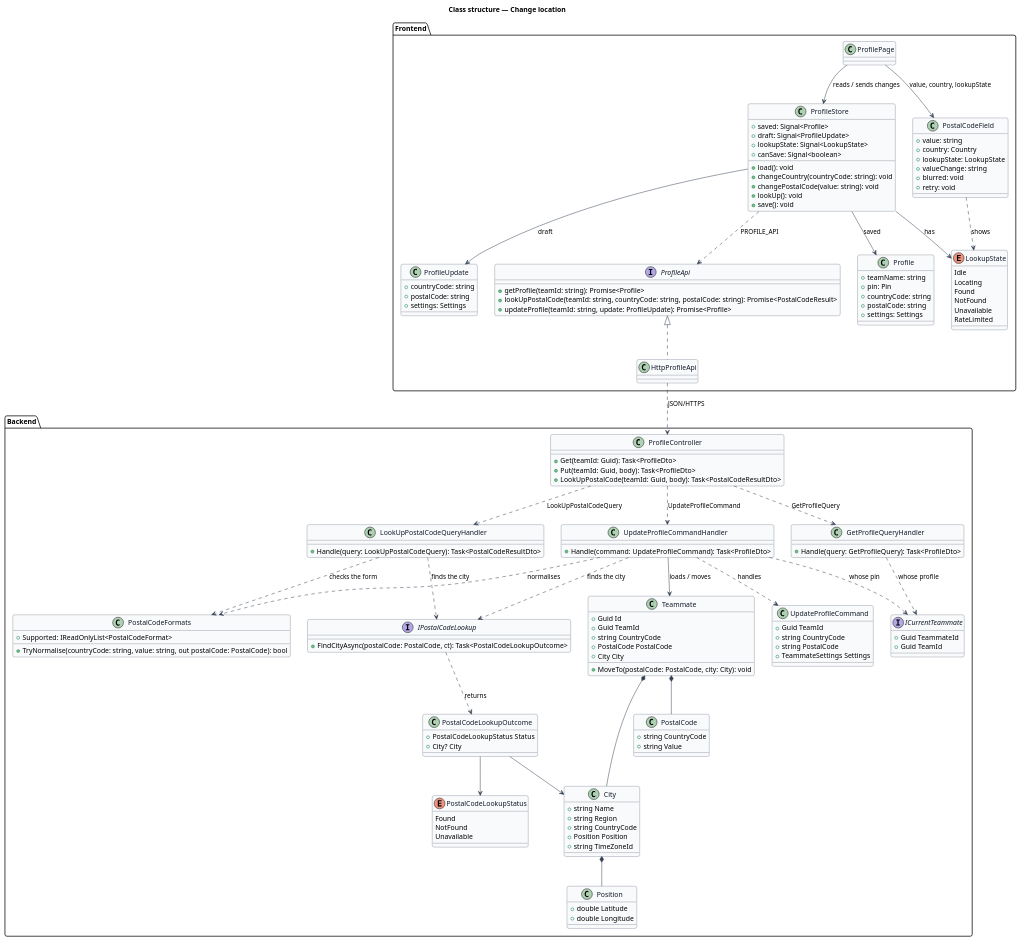
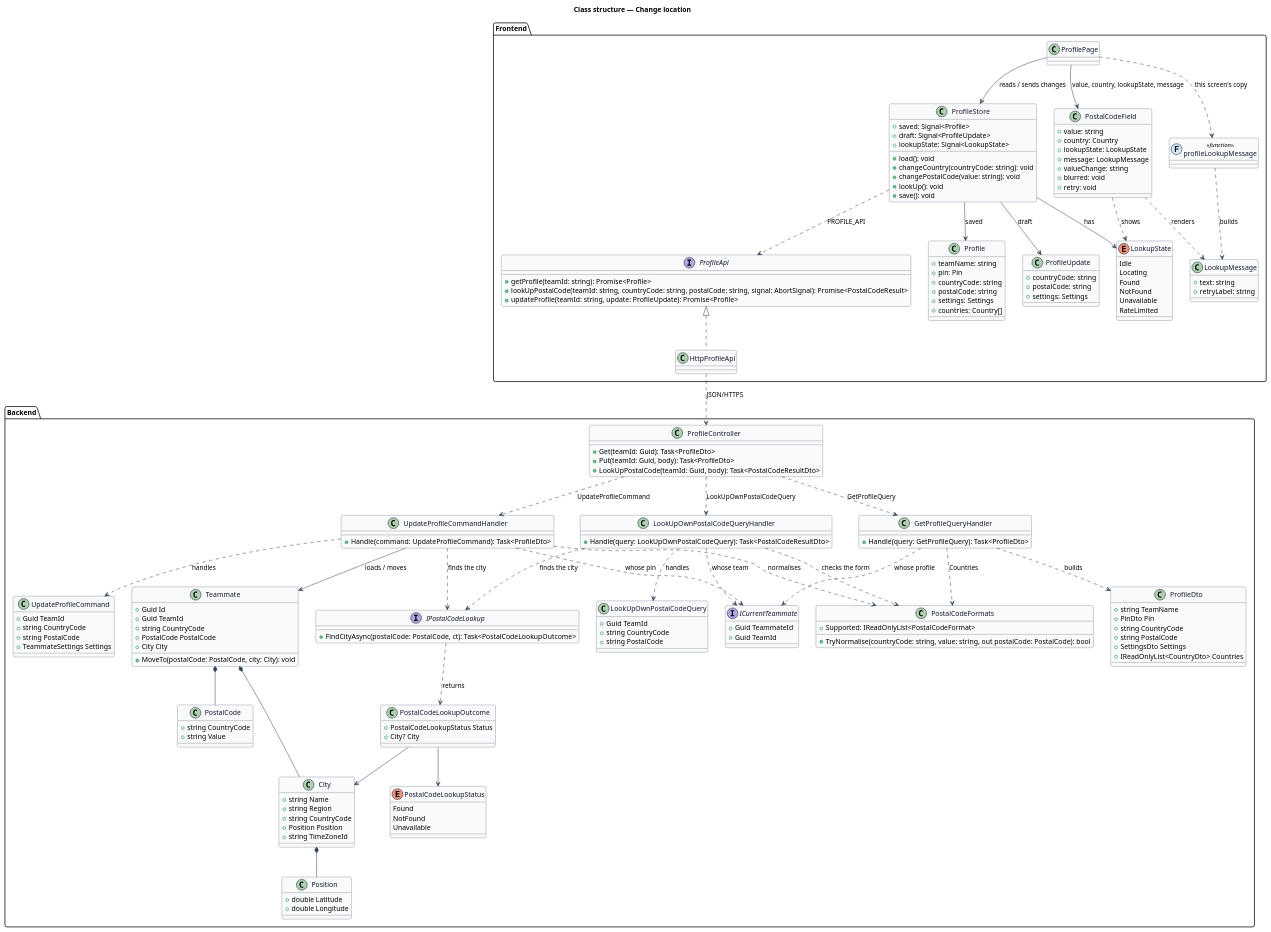
The diagram in docs/detailed-designs/profile/change-location/diagrams/class-structure.puml (QuinntyneBrown/Mondino), drawn with PlantUML before and after one commit. The commit also changed 38 other files, not shown here.

```diff
--- a/docs/detailed-designs/profile/change-location/diagrams/class-structure.puml
+++ b/docs/detailed-designs/profile/change-location/diagrams/class-structure.puml
@@ -1,155 +1,181 @@
 @startuml
 skinparam backgroundColor #FFFFFF
 skinparam shadowing false
 skinparam roundcorner 8
 skinparam defaultFontName Arial
 skinparam ArrowColor #344054
 skinparam class {
   BorderColor #344054
   FontColor #101828
   BackgroundColor #F9FAFB
 }
 title Class structure — Change location
 
 package "Frontend" {
   interface ProfileApi {
     +getProfile(teamId: string): Promise<Profile>
-    +lookUpPostalCode(teamId: string, countryCode: string, postalCode: string): Promise<PostalCodeResult>
+    +lookUpPostalCode(teamId: string, countryCode: string, postalCode: string, signal: AbortSignal): Promise<PostalCodeResult>
     +updateProfile(teamId: string, update: ProfileUpdate): Promise<Profile>
   }
   class HttpProfileApi
   class ProfileStore {
     +saved: Signal<Profile>
     +draft: Signal<ProfileUpdate>
     +lookupState: Signal<LookupState>
-    +canSave: Signal<boolean>
     +load(): void
     +changeCountry(countryCode: string): void
     +changePostalCode(value: string): void
     +lookUp(): void
     +save(): void
   }
   class ProfilePage
   class Profile {
     +teamName: string
     +pin: Pin
     +countryCode: string
     +postalCode: string
     +settings: Settings
+    +countries: Country[]
   }
   class ProfileUpdate {
     +countryCode: string
     +postalCode: string
     +settings: Settings
   }
   enum LookupState {
     Idle
     Locating
     Found
     NotFound
     Unavailable
     RateLimited
   }
   class PostalCodeField {
     +value: string
     +country: Country
     +lookupState: LookupState
+    +message: LookupMessage
     +valueChange: string
     +blurred: void
     +retry: void
   }
+  class LookupMessage {
+    +text: string
+    +retryLabel: string
+  }
+  class profileLookupMessage << (F,#D1E9FF) function >>
 }
 
 package "Backend" {
   class ProfileController {
     +Get(teamId: Guid): Task<ProfileDto>
     +Put(teamId: Guid, body): Task<ProfileDto>
     +LookUpPostalCode(teamId: Guid, body): Task<PostalCodeResultDto>
   }
   class UpdateProfileCommand {
     +Guid TeamId
     +string CountryCode
     +string PostalCode
     +TeammateSettings Settings
   }
   class UpdateProfileCommandHandler {
     +Handle(command: UpdateProfileCommand): Task<ProfileDto>
   }
-  class LookUpPostalCodeQueryHandler {
-    +Handle(query: LookUpPostalCodeQuery): Task<PostalCodeResultDto>
+  class LookUpOwnPostalCodeQuery {
+    +Guid TeamId
+    +string CountryCode
+    +string PostalCode
+  }
+  class LookUpOwnPostalCodeQueryHandler {
+    +Handle(query: LookUpOwnPostalCodeQuery): Task<PostalCodeResultDto>
+  }
+  class ProfileDto {
+    +string TeamName
+    +PinDto Pin
+    +string CountryCode
+    +string PostalCode
+    +SettingsDto Settings
+    +IReadOnlyList<CountryDto> Countries
   }
   class GetProfileQueryHandler {
     +Handle(query: GetProfileQuery): Task<ProfileDto>
   }
   interface ICurrentTeammate {
     +Guid TeammateId
     +Guid TeamId
   }
   interface IPostalCodeLookup {
     +FindCityAsync(postalCode: PostalCode, ct): Task<PostalCodeLookupOutcome>
   }
   class PostalCodeLookupOutcome {
     +PostalCodeLookupStatus Status
     +City? City
   }
   enum PostalCodeLookupStatus {
     Found
     NotFound
     Unavailable
   }
   class PostalCodeFormats {
     +Supported: IReadOnlyList<PostalCodeFormat>
     +TryNormalise(countryCode: string, value: string, out postalCode: PostalCode): bool
   }
   class Teammate {
     +Guid Id
     +Guid TeamId
     +string CountryCode
     +PostalCode PostalCode
     +City City
     +MoveTo(postalCode: PostalCode, city: City): void
   }
   class City {
     +string Name
     +string Region
     +string CountryCode
     +Position Position
     +string TimeZoneId
   }
   class Position {
     +double Latitude
     +double Longitude
   }
   class PostalCode {
     +string CountryCode
     +string Value
   }
 }
 
 ProfilePage --> ProfileStore : reads / sends changes
 ProfileStore ..> ProfileApi : PROFILE_API
 ProfileApi <|.. HttpProfileApi
 ProfileStore --> Profile : saved
 ProfileStore --> ProfileUpdate : draft
 ProfileStore --> LookupState : has
-ProfilePage --> PostalCodeField : value, country, lookupState
+ProfilePage --> PostalCodeField : value, country, lookupState, message
+ProfilePage ..> profileLookupMessage : this screen's copy
+profileLookupMessage ..> LookupMessage : builds
+PostalCodeField ..> LookupMessage : renders
 PostalCodeField ..> LookupState : shows
 IPostalCodeLookup ..> PostalCodeLookupOutcome : returns
 PostalCodeLookupOutcome --> PostalCodeLookupStatus
 PostalCodeLookupOutcome --> City
 HttpProfileApi ..> ProfileController : JSON/HTTPS
 ProfileController ..> GetProfileQueryHandler : GetProfileQuery
-ProfileController ..> LookUpPostalCodeQueryHandler : LookUpPostalCodeQuery
+ProfileController ..> LookUpOwnPostalCodeQueryHandler : LookUpOwnPostalCodeQuery
+LookUpOwnPostalCodeQueryHandler ..> LookUpOwnPostalCodeQuery : handles
+LookUpOwnPostalCodeQueryHandler ..> ICurrentTeammate : whose team
+GetProfileQueryHandler ..> ProfileDto : builds
+GetProfileQueryHandler ..> PostalCodeFormats : Countries
 ProfileController ..> UpdateProfileCommandHandler : UpdateProfileCommand
 UpdateProfileCommandHandler ..> UpdateProfileCommand : handles
 UpdateProfileCommandHandler ..> ICurrentTeammate : whose pin
 UpdateProfileCommandHandler ..> IPostalCodeLookup : finds the city
 UpdateProfileCommandHandler ..> PostalCodeFormats : normalises
 UpdateProfileCommandHandler --> Teammate : loads / moves
-LookUpPostalCodeQueryHandler ..> PostalCodeFormats : checks the form
-LookUpPostalCodeQueryHandler ..> IPostalCodeLookup : finds the city
+LookUpOwnPostalCodeQueryHandler ..> PostalCodeFormats : checks the form
+LookUpOwnPostalCodeQueryHandler ..> IPostalCodeLookup : finds the city
 GetProfileQueryHandler ..> ICurrentTeammate : whose profile
 Teammate *-- PostalCode
 Teammate *-- City
 City *-- Position
 @enduml
```
